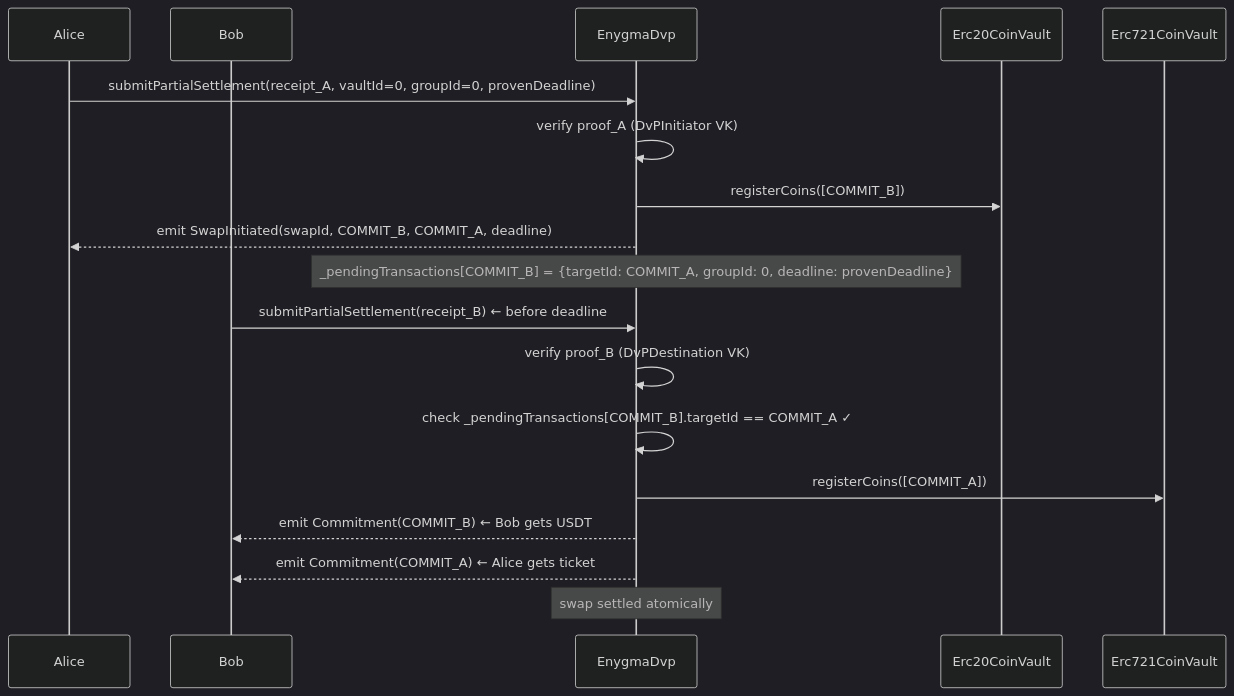
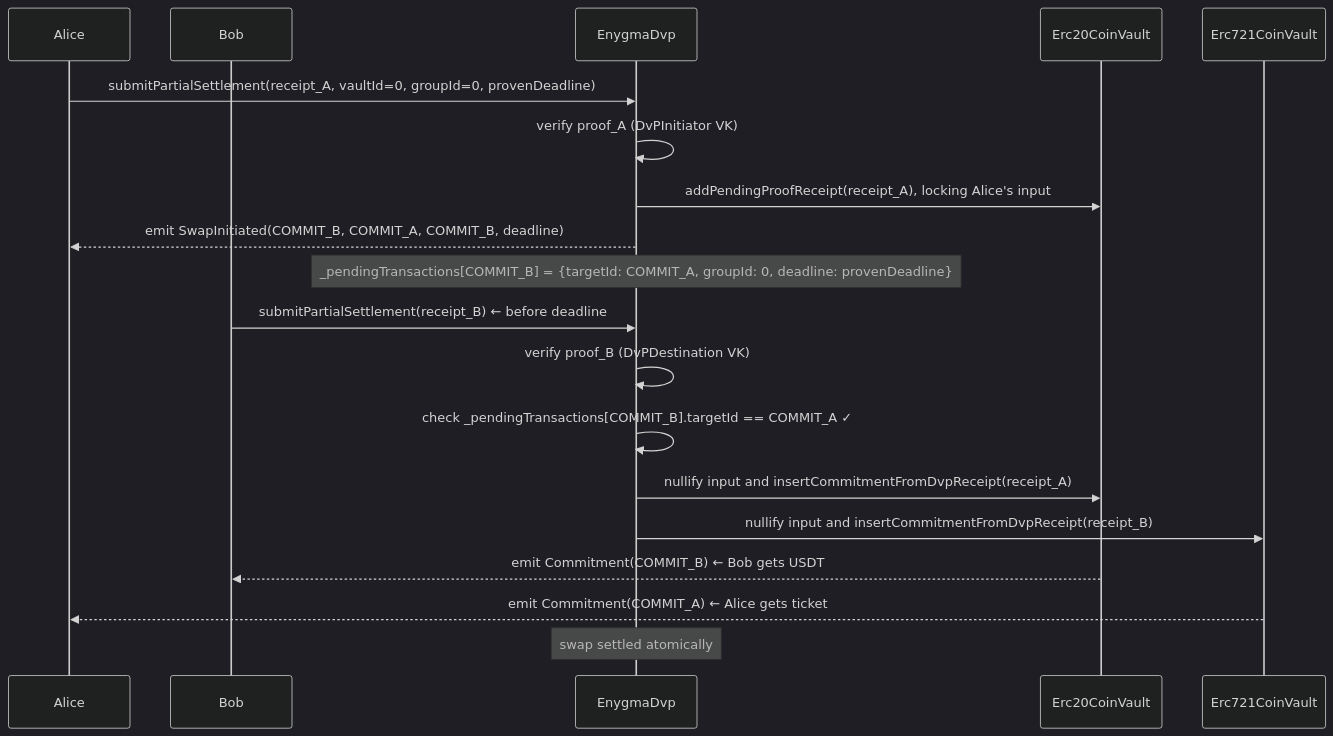
One commit to raylsnetwork/Enygma changed the second of 4 diagrams in enygma_dvp/docs/flows/04_dvp_deadline.md. Above: the diagram before and after it, drawn with Mermaid (dark theme). The commit also changed other lines of this file and 3 other files, not shown here.

````diff
--- a/enygma_dvp/docs/flows/04_dvp_deadline.md
+++ b/enygma_dvp/docs/flows/04_dvp_deadline.md
@@ -43,22 +43,23 @@
 ```mermaid
 sequenceDiagram
     participant Alice
     participant Bob
     participant DVP as EnygmaDvp
     participant ERC20Vault as Erc20CoinVault
     participant NFTVault as Erc721CoinVault
 
     Alice->>DVP: submitPartialSettlement(receipt_A, vaultId=0, groupId=0, provenDeadline)
     DVP->>DVP: verify proof_A (DvPInitiator VK)
-    DVP->>ERC20Vault: registerCoins([COMMIT_B])
-    DVP-->>Alice: emit SwapInitiated(swapId, COMMIT_B, COMMIT_A, deadline)
+    DVP->>ERC20Vault: addPendingProofReceipt(receipt_A), locking Alice's input
+    DVP-->>Alice: emit SwapInitiated(COMMIT_B, COMMIT_A, COMMIT_B, deadline)
     Note over DVP: _pendingTransactions[COMMIT_B] = {targetId: COMMIT_A, groupId: 0, deadline: provenDeadline}
 
     Bob->>DVP: submitPartialSettlement(receipt_B)  ← before deadline
     DVP->>DVP: verify proof_B (DvPDestination VK)
     DVP->>DVP: check _pendingTransactions[COMMIT_B].targetId == COMMIT_A ✓
-    DVP->>NFTVault: registerCoins([COMMIT_A])
-    DVP-->>Bob: emit Commitment(COMMIT_B)   ← Bob gets USDT
-    DVP-->>Bob: emit Commitment(COMMIT_A)   ← Alice gets ticket
+    DVP->>ERC20Vault: nullify input and insertCommitmentFromDvpReceipt(receipt_A)
+    DVP->>NFTVault: nullify input and insertCommitmentFromDvpReceipt(receipt_B)
+    ERC20Vault-->>Bob: emit Commitment(COMMIT_B)   ← Bob gets USDT
+    NFTVault-->>Alice: emit Commitment(COMMIT_A)   ← Alice gets ticket
     Note over DVP: swap settled atomically
 ```
````
